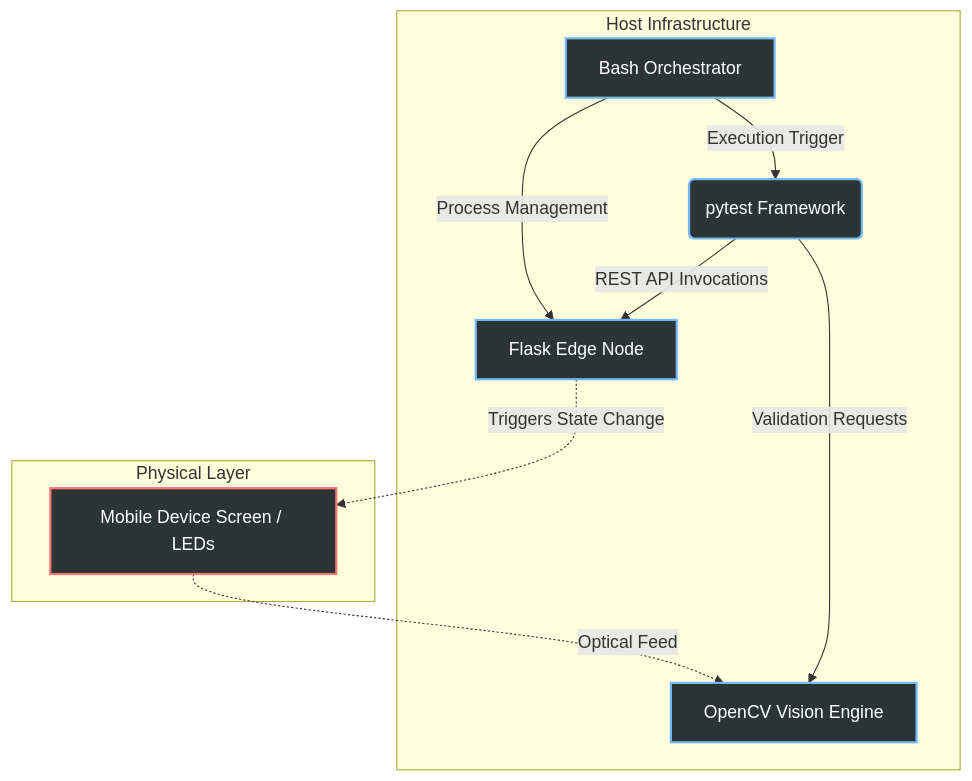
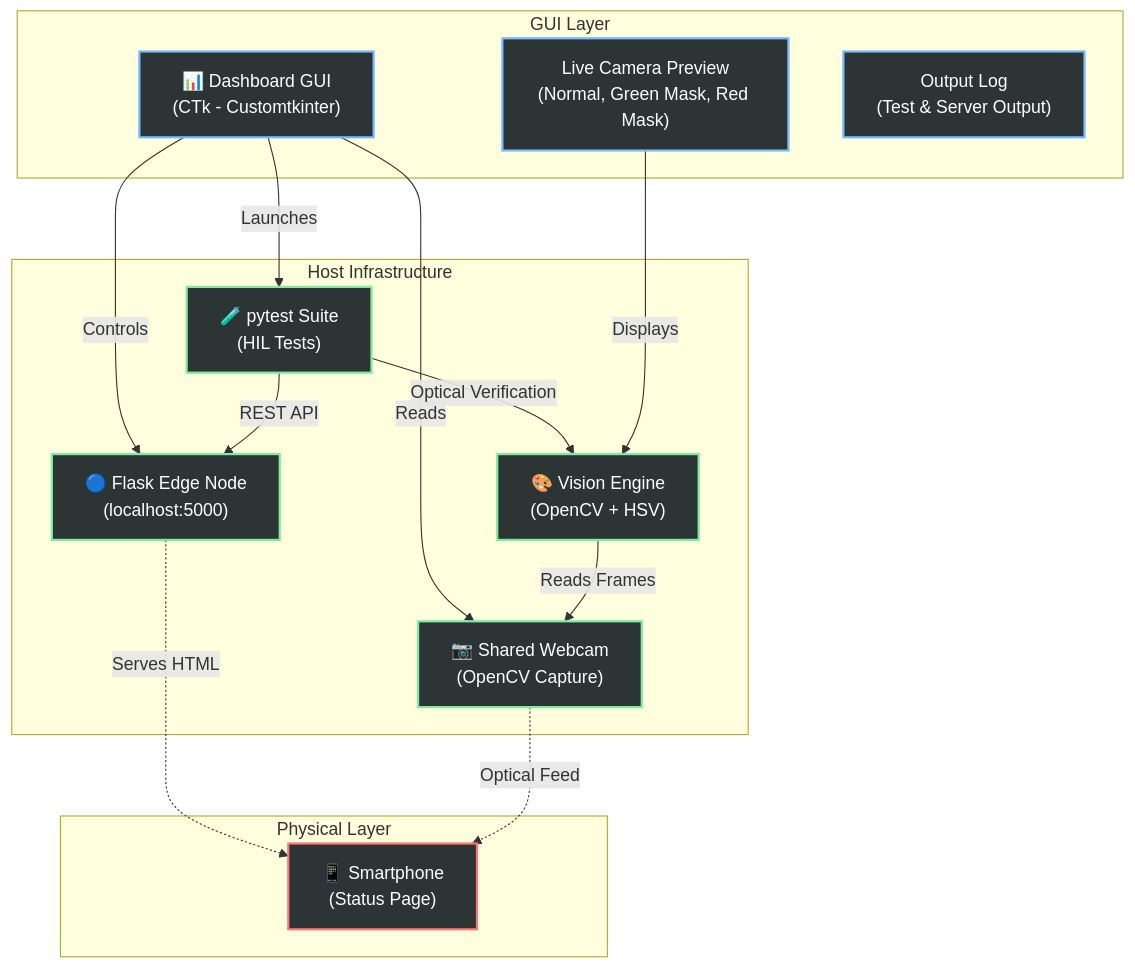
The diagram in README.md (BenniKensei/VisionHIL), drawn with Mermaid before and after one commit. The commit also changed other lines of this file and 12 other files, not shown here.

````diff
--- a/README.md
+++ b/README.md
@@ -17,20 +51,32 @@
 ```mermaid
 graph TD
-    subgraph Host Infrastructure
-        A[Bash Orchestrator] -->|Process Management| C[Flask Edge Node]
-        A -->|Execution Trigger| B(pytest Framework)
-        B -->|REST API Invocations| C
-        B -->|Validation Requests| D[OpenCV Vision Engine]
+    subgraph GUI["GUI Layer"]
+        Dashboard["📊 Dashboard GUI<br/>(CTk - Customtkinter)"]
+        Preview["Live Camera Preview<br/>(Normal, Green Mask, Red Mask)"]
+        Logger["Output Log<br/>(Test & Server Output)"]
     end
-
-    subgraph Physical Layer
-        C -.->|Triggers State Change| E[Mobile Device Screen / LEDs]
-        E -.->|Optical Feed| D
+    
+    subgraph Host["Host Infrastructure"]
+        Dashboard -->|Controls| Flask["🔵 Flask Edge Node<br/>(localhost:5000)"]
+        Dashboard -->|Launches| Tests["🧪 pytest Suite<br/>(HIL Tests)"]
+        Dashboard -->|Reads| Camera["📷 Shared Webcam<br/>(OpenCV Capture)"]
+        Tests -->|REST API| Flask
+        Tests -->|Optical Verification| Vision["🎨 Vision Engine<br/>(OpenCV + HSV)"]
+        Vision -->|Reads Frames| Camera
+        Preview -->|Displays| Vision
     end
-
-    classDef host fill:#2d3436,stroke:#74b9ff,stroke-width:2px,color:#fff;
+    
+    subgraph Physical["Physical Layer"]
+        Phone["📱 Smartphone<br/>(Status Page)"]
+        Flask -.->|Serves HTML| Phone
+        Camera -.->|Optical Feed| Phone
+    end
+    
+    classDef gui fill:#2d3436,stroke:#74b9ff,stroke-width:2px,color:#fff;
+    classDef host fill:#2d3436,stroke:#7bed9f,stroke-width:2px,color:#fff;
     classDef physical fill:#2d3436,stroke:#ff7675,stroke-width:2px,color:#fff;
     
-    class A,B,C,D host;
-    class E physical;
+    class Dashboard,Preview,Logger gui;
+    class Flask,Tests,Camera,Vision host;
+    class Phone physical;
 ```
````
